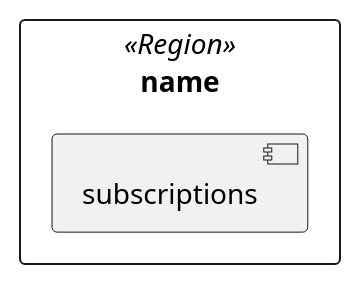
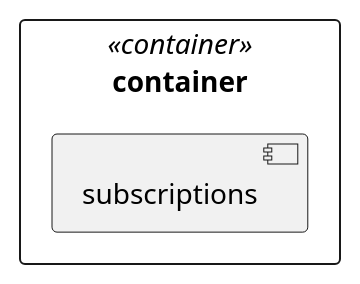
The diagram in scripts/templates/region.puml (travisnielsen/azure-diagrammer), drawn with PlantUML before and after one commit. The commit also changed 2 other files, not shown here.

```diff
--- a/scripts/templates/region.puml
+++ b/scripts/templates/region.puml
@@ -1,3 +1,3 @@
-rectangle [name] <<Region>> as [id] {
+rectangle "container" <<container>> {
     [subscriptions]
 }
```
